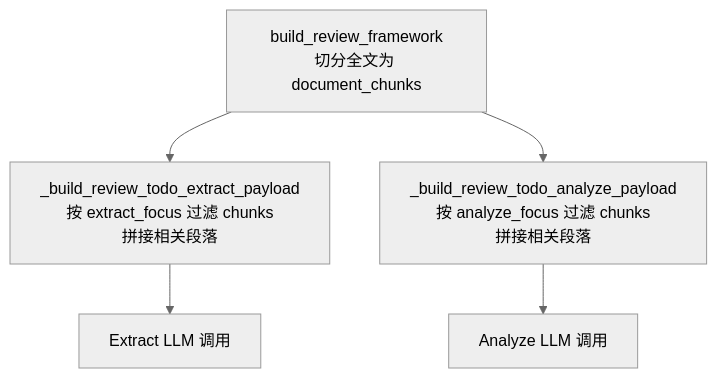
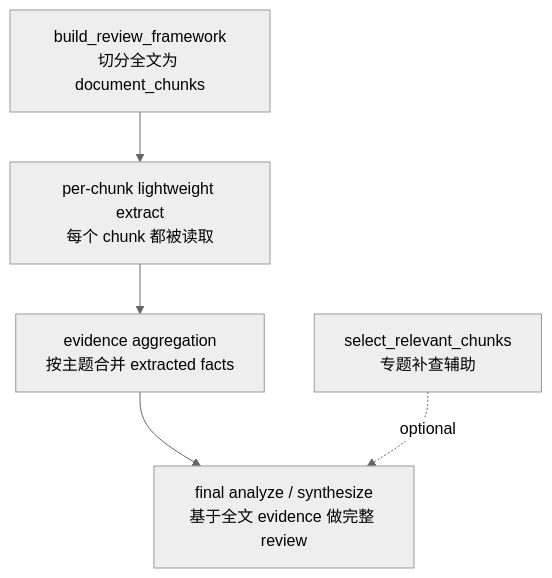
The second of 2 diagrams in docs/2-2/afterclass/pdf_long_doc_plan.md (CerlinLele/Investory), drawn with Mermaid (neutral theme) before and after one commit. The commit also changed other lines of this file, not shown here.

````diff
--- a/docs/2-2/afterclass/pdf_long_doc_plan.md
+++ b/docs/2-2/afterclass/pdf_long_doc_plan.md
@@ -116,7 +136,7 @@
 ```mermaid
 flowchart TD
-    BRF[build_review_framework\n切分全文为 document_chunks] --> ETP
-    ETP["_build_review_todo_extract_payload\n按 extract_focus 过滤 chunks\n拼接相关段落"] --> LLM1[Extract LLM 调用]
-    BRF --> ATP
-    ATP["_build_review_todo_analyze_payload\n按 analyze_focus 过滤 chunks\n拼接相关段落"] --> LLM2[Analyze LLM 调用]
+    BRF[build_review_framework\n切分全文为 document_chunks] --> MAP[per-chunk lightweight extract\n每个 chunk 都被读取]
+    MAP --> AGG[evidence aggregation\n按主题合并 extracted facts]
+    AGG --> SYN[final analyze / synthesize\n基于全文 evidence 做完整 review]
+    CHK[select_relevant_chunks\n专题补查辅助] -. optional .-> SYN
 ```
````
